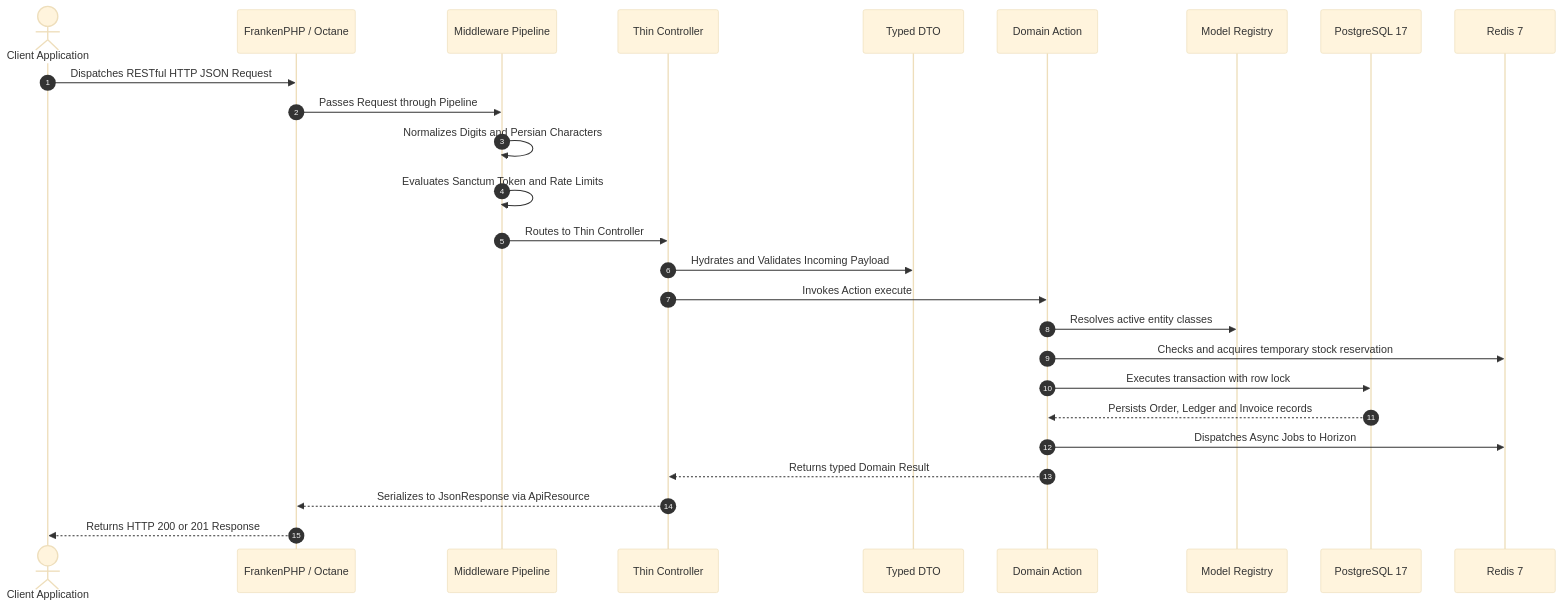
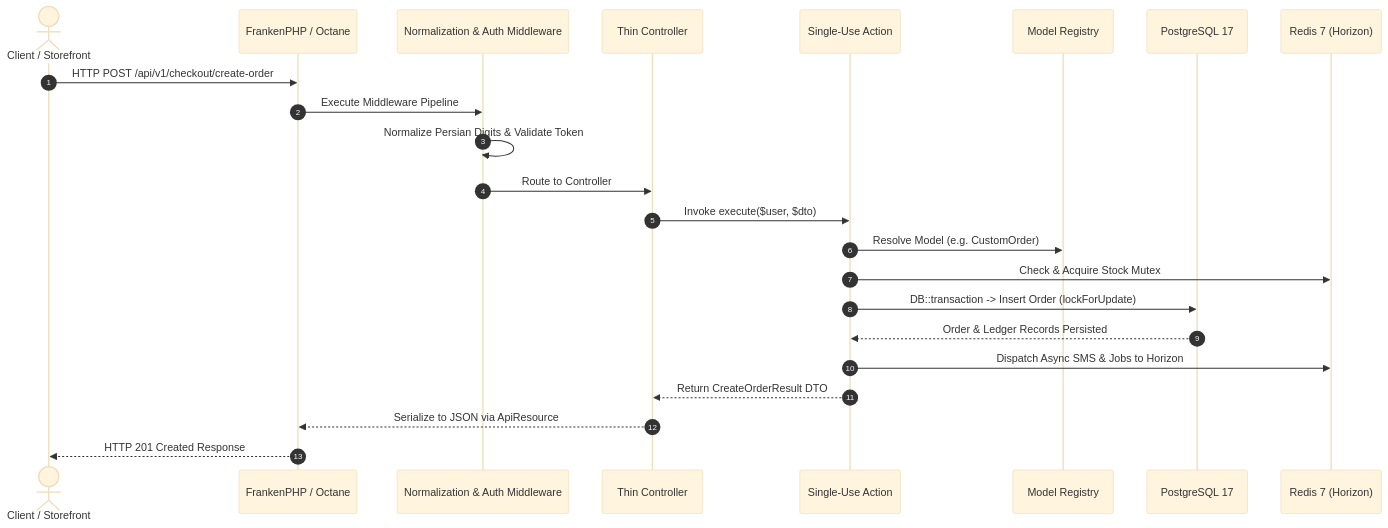
Before and after one commit to reyhan-commerce/docs: the diagram in v1/architecture/lifecycle.md, drawn with Mermaid (base theme). The commit also changed other lines of this file and 29 other files, not shown here.

````diff
--- a/v1/architecture/lifecycle.md
+++ b/v1/architecture/lifecycle.md
@@ -9,29 +24,26 @@
 ```mermaid
 sequenceDiagram
     autonumber
-    actor Client as Client Application
+    actor Client as Client / Storefront
     participant Octane as FrankenPHP / Octane
-    participant Middleware as Middleware Pipeline
+    participant Middleware as Normalization & Auth Middleware
     participant Controller as Thin Controller
-    participant DTO as Typed DTO
-    participant Action as Domain Action
-    participant ModelResolver as Model Registry
+    participant Action as Single-Use Action
+    participant ModelRegistry as Model Registry
     participant DB as PostgreSQL 17
-    participant Redis as Redis 7
+    participant Redis as Redis 7 (Horizon)
 
-    Client->>Octane: Dispatches RESTful HTTP JSON Request
-    Octane->>Middleware: Passes Request through Pipeline
-    Middleware->>Middleware: Normalizes Digits and Persian Characters
-    Middleware->>Middleware: Evaluates Sanctum Token and Rate Limits
-    Middleware->>Controller: Routes to Thin Controller
-    Controller->>DTO: Hydrates and Validates Incoming Payload
-    Controller->>Action: Invokes Action execute
-    Action->>ModelResolver: Resolves active entity classes
-    Action->>Redis: Checks and acquires temporary stock reservation
-    Action->>DB: Executes transaction with row lock
-    DB-->>Action: Persists Order, Ledger and Invoice records
-    Action->>Redis: Dispatches Async Jobs to Horizon
-    Action-->>Controller: Returns typed Domain Result
-    Controller-->>Octane: Serializes to JsonResponse via ApiResource
-    Octane-->>Client: Returns HTTP 200 or 201 Response
+    Client->>Octane: HTTP POST /api/v1/checkout/create-order
+    Octane->>Middleware: Execute Middleware Pipeline
+    Middleware->>Middleware: Normalize Persian Digits & Validate Token
+    Middleware->>Controller: Route to Controller
+    Controller->>Action: Invoke execute($user, $dto)
+    Action->>ModelRegistry: Resolve Model (e.g. CustomOrder)
+    Action->>Redis: Check & Acquire Stock Mutex
+    Action->>DB: DB::transaction -> Insert Order (lockForUpdate)
+    DB-->>Action: Order & Ledger Records Persisted
+    Action->>Redis: Dispatch Async SMS & Jobs to Horizon
+    Action-->>Controller: Return CreateOrderResult DTO
+    Controller-->>Octane: Serialize to JSON via ApiResource
+    Octane-->>Client: HTTP 201 Created Response
 ```
````
